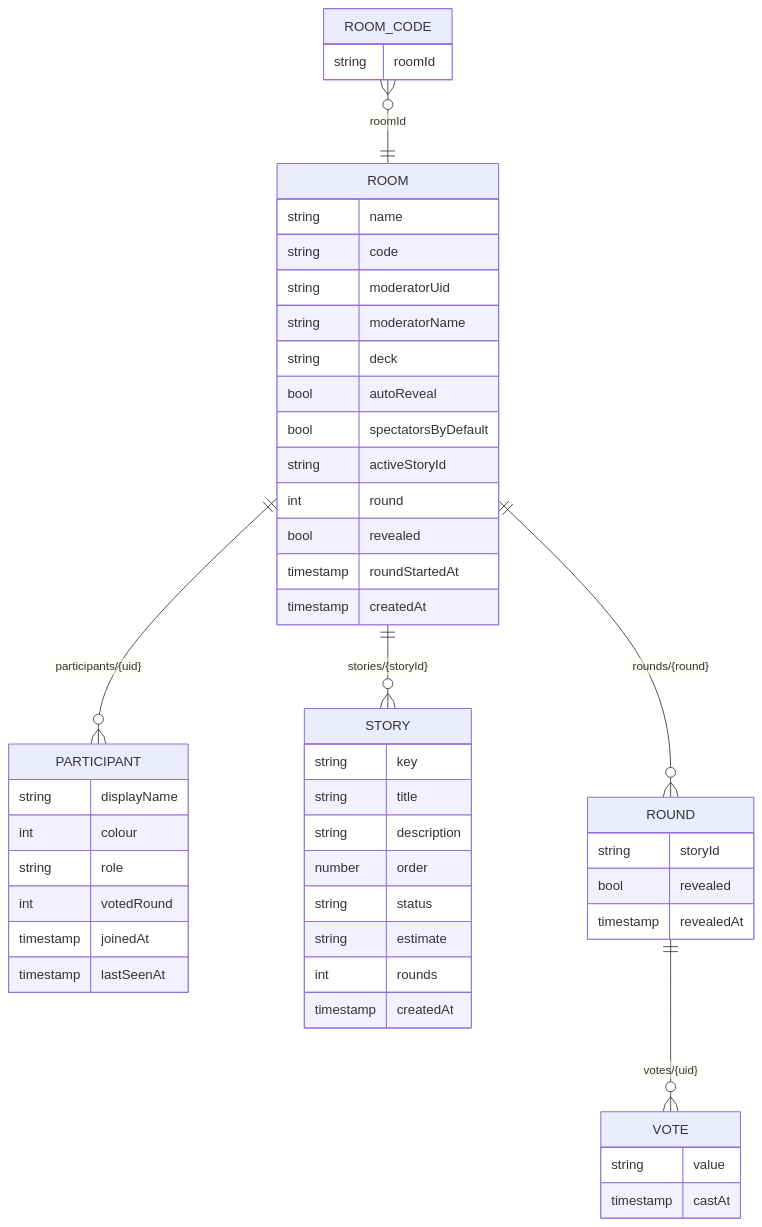
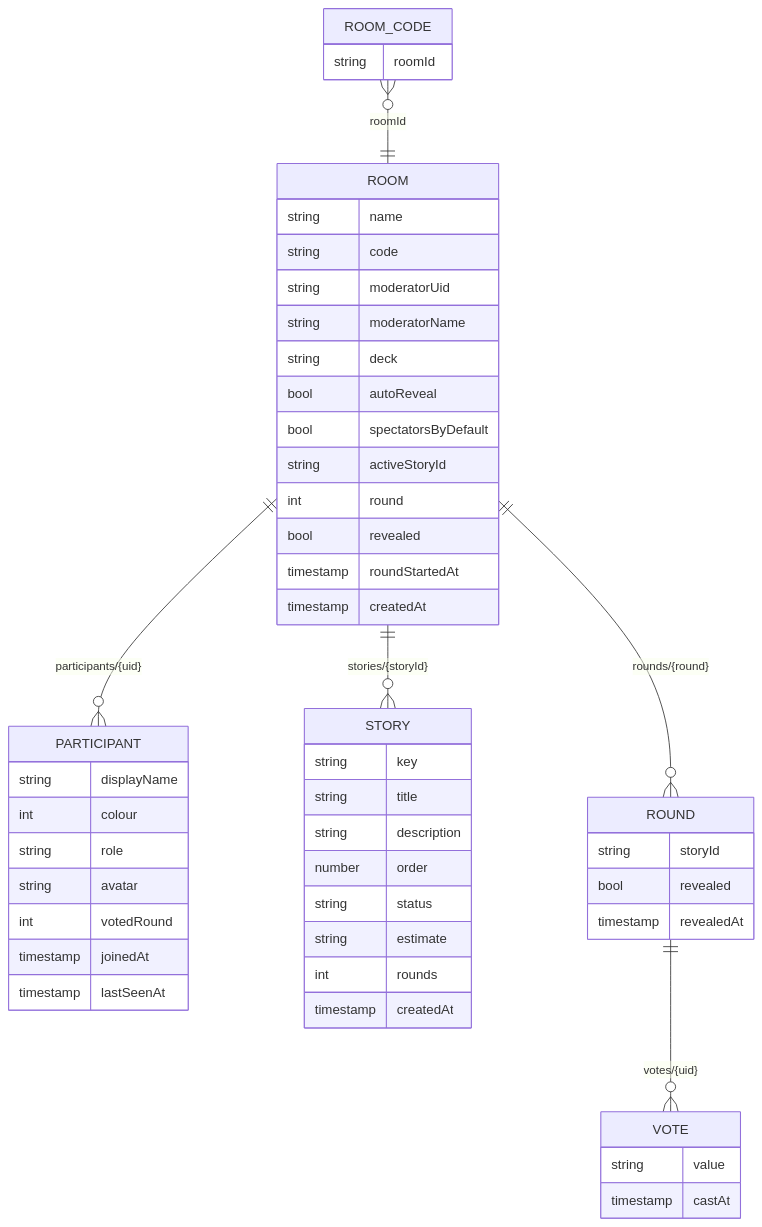
Before and after one commit to RaviAkhouri30/PlanningPoker: the diagram in docs/architecture/data-model.md, drawn with Mermaid. The commit also changed other lines of this file and 51 other files, not shown here.

````diff
--- a/docs/architecture/data-model.md
+++ b/docs/architecture/data-model.md
@@ -7,52 +7,53 @@
 ```mermaid
 erDiagram
   ROOM ||--o{ PARTICIPANT : "participants/{uid}"
   ROOM ||--o{ STORY : "stories/{storyId}"
   ROOM ||--o{ ROUND : "rounds/{round}"
   ROUND ||--o{ VOTE : "votes/{uid}"
   ROOM_CODE }o--|| ROOM : "roomId"
   ROOM {
     string name
     string code
     string moderatorUid
     string moderatorName
     string deck
     bool autoReveal
     bool spectatorsByDefault
     string activeStoryId
     int round
     bool revealed
     timestamp roundStartedAt
     timestamp createdAt
   }
   PARTICIPANT {
     string displayName
     int colour
     string role
+    string avatar
     int votedRound
     timestamp joinedAt
     timestamp lastSeenAt
   }
   STORY {
     string key
     string title
     string description
     number order
     string status
     string estimate
     int rounds
     timestamp createdAt
   }
   ROUND {
     string storyId
     bool revealed
     timestamp revealedAt
   }
   VOTE {
     string value
     timestamp castAt
   }
   ROOM_CODE {
     string roomId
   }
 ```
````
